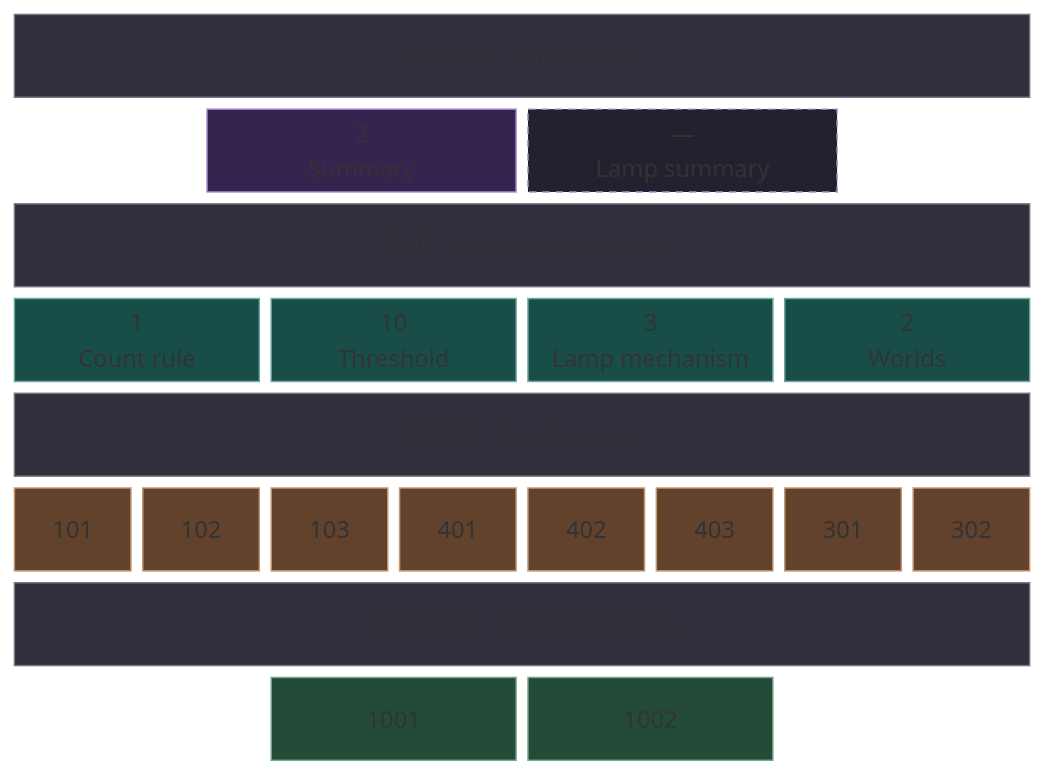
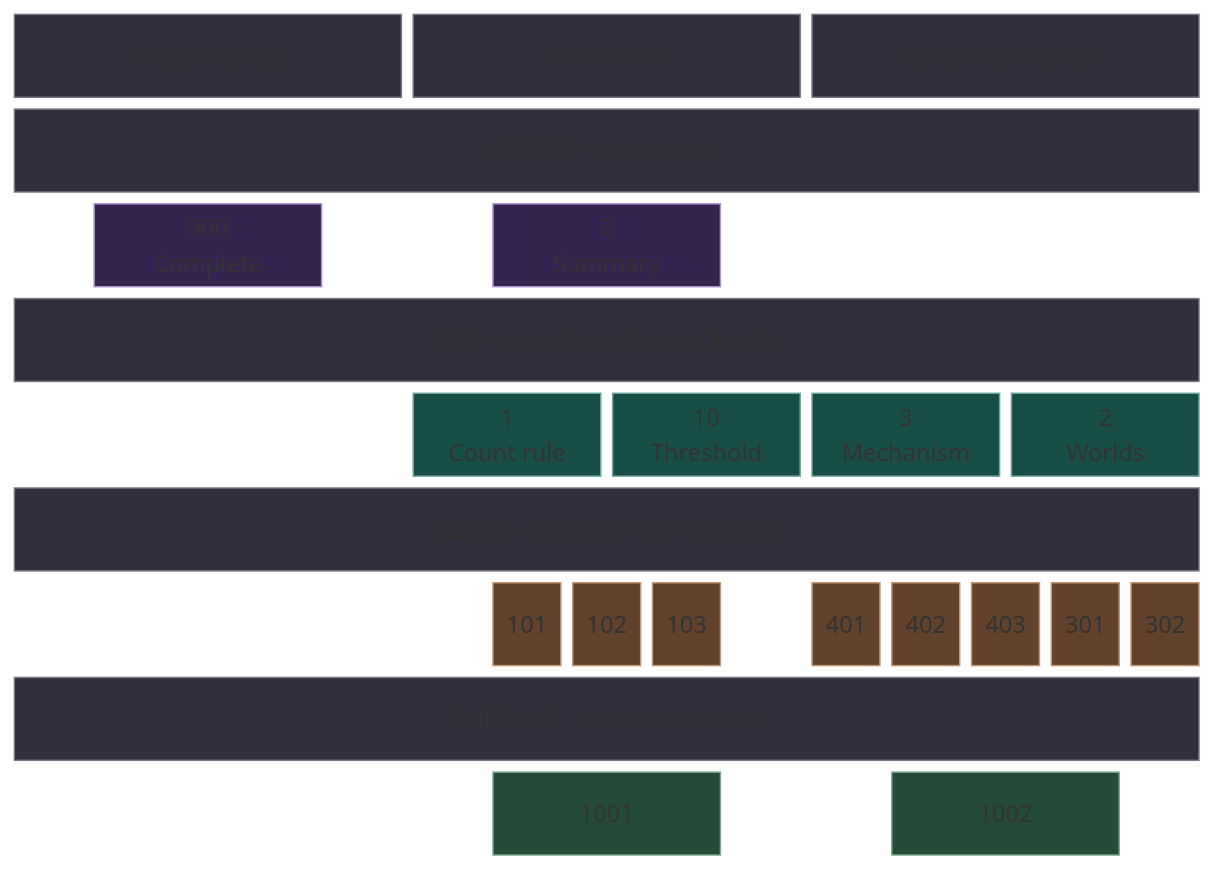
One commit to Kian-hdr/lore-demo changed the eighth of 9 diagrams in README.md. Above: the diagram before and after it, drawn with Mermaid (forest theme). The commit also changed other lines of this file and 1 other file, not shown here.

Commit message:
Show gaps where a memory has no stored layer

````diff
--- a/README.md
+++ b/README.md
@@ -227,32 +227,36 @@
 ```mermaid
 block-beta
-    columns 16
-    coarse["COARSE · summaries"]:16
-    space:3 summary["2<br/>Summary"]:5 empty["—<br/>Lamp summary"]:5 space:3
-    fine["FINE · records and details"]:16
-    count["1<br/>Count rule"]:4 threshold["10<br/>Threshold"]:4 lamp["3<br/>Lamp mechanism"]:4 worlds["2<br/>Worlds"]:4
-    codes["CODES · 8 references"]:16
-    c1["101"]:2 c2["102"]:2 c3["103"]:2 c4["401"]:2 c5["402"]:2 c6["403"]:2 c7["301"]:2 c8["302"]:2
-    evidence["EVIDENCE · retained sources"]:16
-    space:4 countsource["1001"]:4 lampsource["1002"]:4 space:4
+    columns 30
+    routineLabel["Routine status"]:10 ruleLabel["Count rule"]:10 lampLabel["Lamp mechanism"]:10
+    coarse["COARSE · summaries"]:30
+    space:2 routine["900<br/>Complete"]:6 space:4 summary["2<br/>Summary"]:6 space:12
+    fine["FINE · records and exact details"]:30
+    space:10 count["1<br/>Count rule"]:5 threshold["10<br/>Threshold"]:5 lamp["3<br/>Mechanism"]:5 worlds["2<br/>Worlds"]:5
+    codes["CODES · selected record details"]:30
+    space:12 c1["101"]:2 c2["102"]:2 c3["103"]:2 space:2 c4["401"]:2 c5["402"]:2 c6["403"]:2 c7["301"]:2 c8["302"]:2
+    evidence["EVIDENCE · retained sources"]:30
+    space:12 countsource["1001"]:6 space:4 lampsource["1002"]:6 space:2
+    style routineLabel fill:#30303c,stroke:#777786,color:#ffffff,font-size:18px;
+    style ruleLabel fill:#30303c,stroke:#777786,color:#ffffff,font-size:18px;
+    style lampLabel fill:#30303c,stroke:#777786,color:#ffffff,font-size:18px;
     style coarse fill:#30303c,stroke:#777786,color:#ffffff,font-size:18px;
     style fine fill:#30303c,stroke:#777786,color:#ffffff,font-size:18px;
     style codes fill:#30303c,stroke:#777786,color:#ffffff,font-size:18px;
     style evidence fill:#30303c,stroke:#777786,color:#ffffff,font-size:18px;
+    style routine fill:#35244f,stroke:#aa91d2,color:#ffffff,font-size:28px;
     style summary fill:#35244f,stroke:#aa91d2,color:#ffffff,font-size:28px;
-    style empty fill:#24212e,stroke:#aa91d2,color:#e3d8f2,font-size:28px,stroke-dasharray:5 4;
     style count fill:#194e48,stroke:#6ea59d,color:#ffffff,font-size:24px;
     style threshold fill:#194e48,stroke:#6ea59d,color:#ffffff,font-size:24px;
     style lamp fill:#194e48,stroke:#6ea59d,color:#ffffff,font-size:24px;
     style worlds fill:#194e48,stroke:#6ea59d,color:#ffffff,font-size:24px;
     style c1 fill:#62422d,stroke:#c39770,color:#ffffff,font-size:20px;
     style c2 fill:#62422d,stroke:#c39770,color:#ffffff,font-size:20px;
     style c3 fill:#62422d,stroke:#c39770,color:#ffffff,font-size:20px;
     style c4 fill:#62422d,stroke:#c39770,color:#ffffff,font-size:20px;
     style c5 fill:#62422d,stroke:#c39770,color:#ffffff,font-size:20px;
     style c6 fill:#62422d,stroke:#c39770,color:#ffffff,font-size:20px;
     style c7 fill:#62422d,stroke:#c39770,color:#ffffff,font-size:20px;
     style c8 fill:#62422d,stroke:#c39770,color:#ffffff,font-size:20px;
     style countsource fill:#234b38,stroke:#7ba98c,color:#ffffff,font-size:22px;
     style lampsource fill:#234b38,stroke:#7ba98c,color:#ffffff,font-size:22px;
 ```
````
